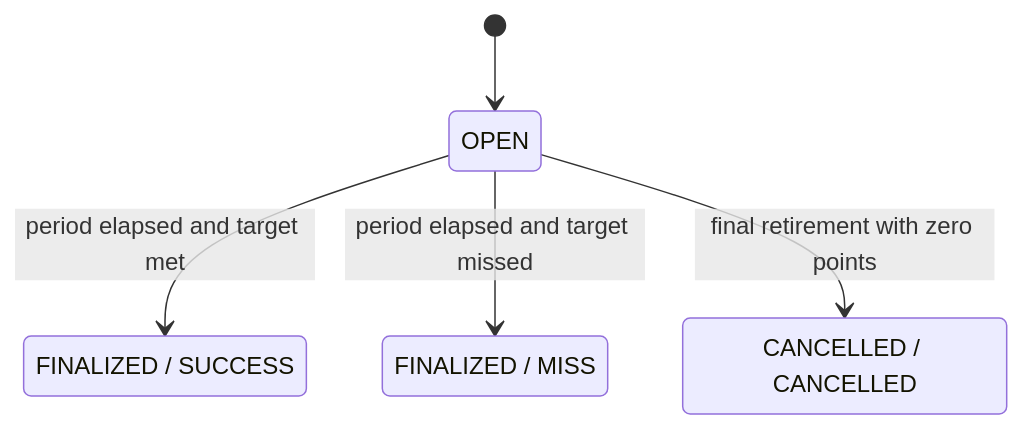
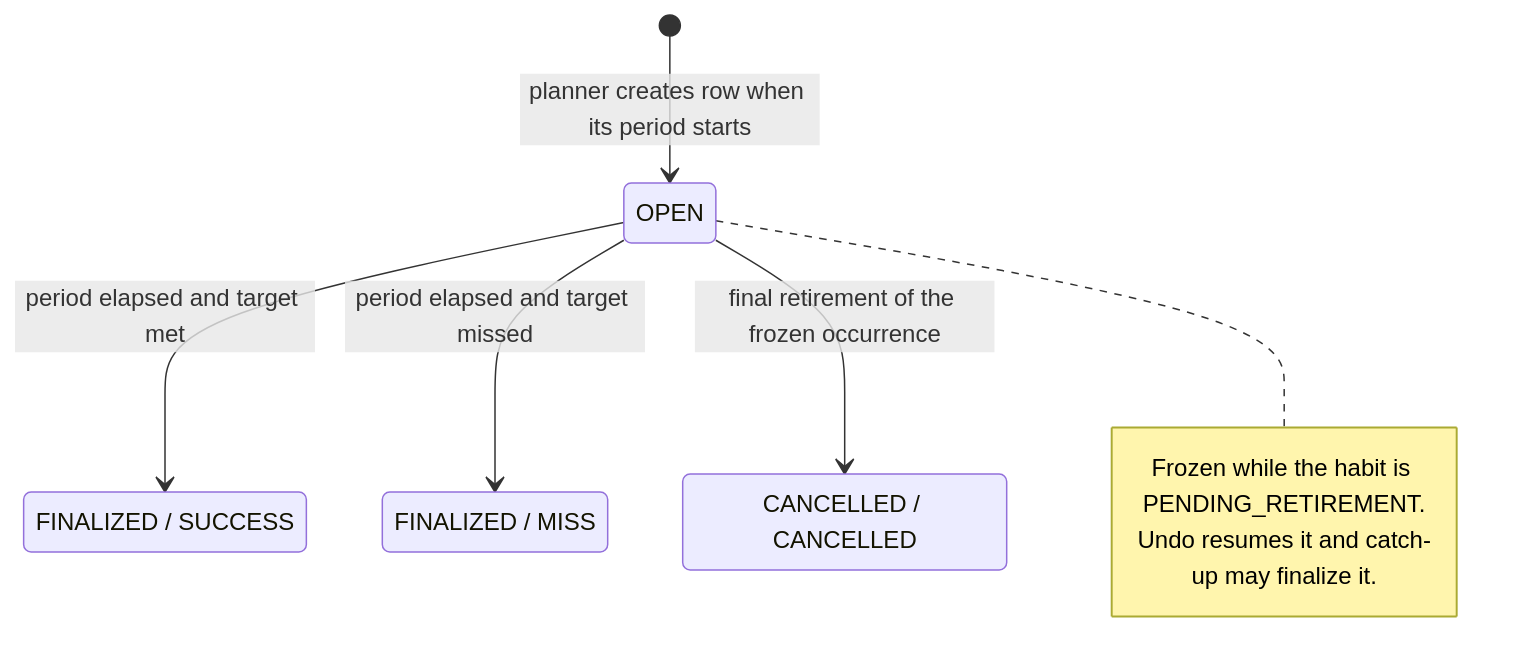
The fourth of 7 diagrams in docs/architecture/habit-tracker-v1-architecture.md (AnilDeshpande/SampleHabitTrackerApp), drawn with Mermaid before and after one commit. The commit also changed other lines of this file and 7 other files, not shown here.

First line of the commit message:
Close habit tracker architecture gaps and route harness

````diff
--- a/docs/architecture/habit-tracker-v1-architecture.md
+++ b/docs/architecture/habit-tracker-v1-architecture.md
@@ -166,11 +316,15 @@
 ```mermaid
 stateDiagram-v2
     state "FINALIZED / SUCCESS" as FINALIZED_SUCCESS
     state "FINALIZED / MISS" as FINALIZED_MISS
     state "CANCELLED / CANCELLED" as CANCELLED
 
-    [*] --> OPEN
+    [*] --> OPEN: planner creates row when its period starts
     OPEN --> FINALIZED_SUCCESS: period elapsed and target met
     OPEN --> FINALIZED_MISS: period elapsed and target missed
-    OPEN --> CANCELLED: final retirement with zero points
+    OPEN --> CANCELLED: final retirement of the frozen occurrence
+    note right of OPEN
+        Frozen while the habit is PENDING_RETIREMENT.
+        Undo resumes it and catch-up may finalize it.
+    end note
 ```
````
